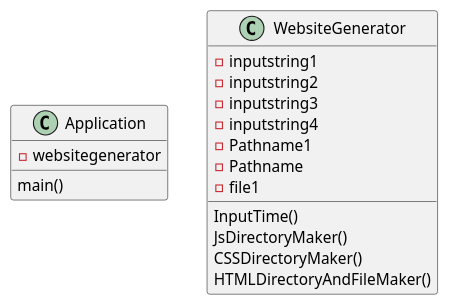
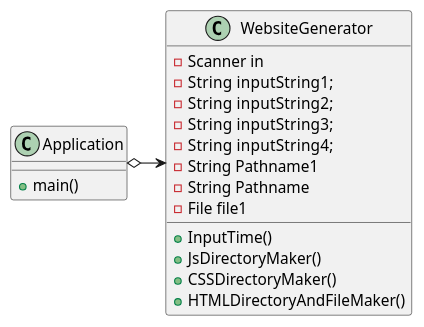
Before and after one commit to Awesome-wolf-101/ashby-cop3330-assignment3: the diagram in src/main/java/oop/assignment3/ex43/exercise43_Diagram.puml, drawn with PlantUML. The commit also changed 5 other files, not shown here.

```diff
--- a/src/main/java/oop/assignment3/ex43/exercise43_Diagram.puml
+++ b/src/main/java/oop/assignment3/ex43/exercise43_Diagram.puml
@@ -1,27 +1,27 @@
 @startuml
 'https://plantuml.com/sequence-diagram
 
 class Application{
--websitegenerator
 
-main()
++main()
 }
 
 class WebsiteGenerator{
--inputstring1
--inputstring2
--inputstring3
--inputstring4
--Pathname1
--Pathname
--file1
+ -Scanner in
+-String  inputString1;
+ -String  inputString2;
+ -String  inputString3;
+ -String  inputString4;
+ -String Pathname1
+ -String Pathname
+ -File file1
 
 
-
-InputTime()
-JsDirectoryMaker()
-CSSDirectoryMaker()
-HTMLDirectoryAndFileMaker()
++InputTime()
++JsDirectoryMaker()
++CSSDirectoryMaker()
++HTMLDirectoryAndFileMaker()
 }
 
+Application o-> WebsiteGenerator
 @enduml
```
